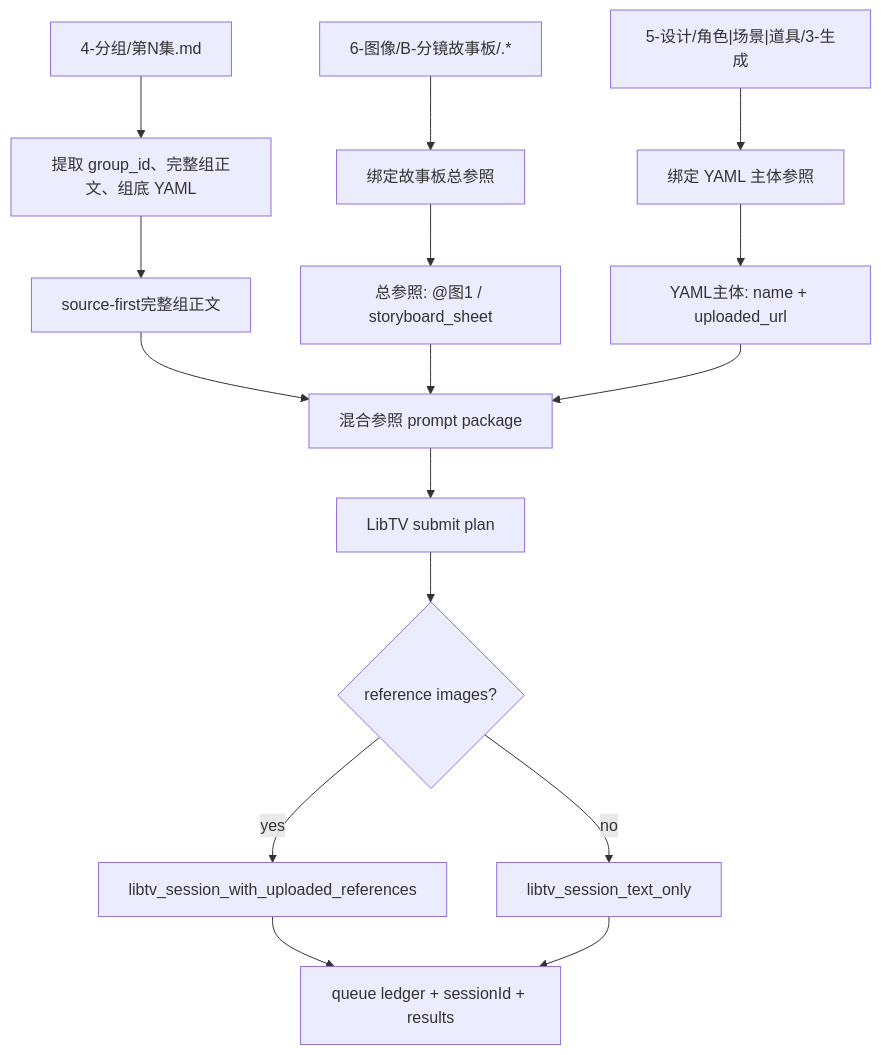
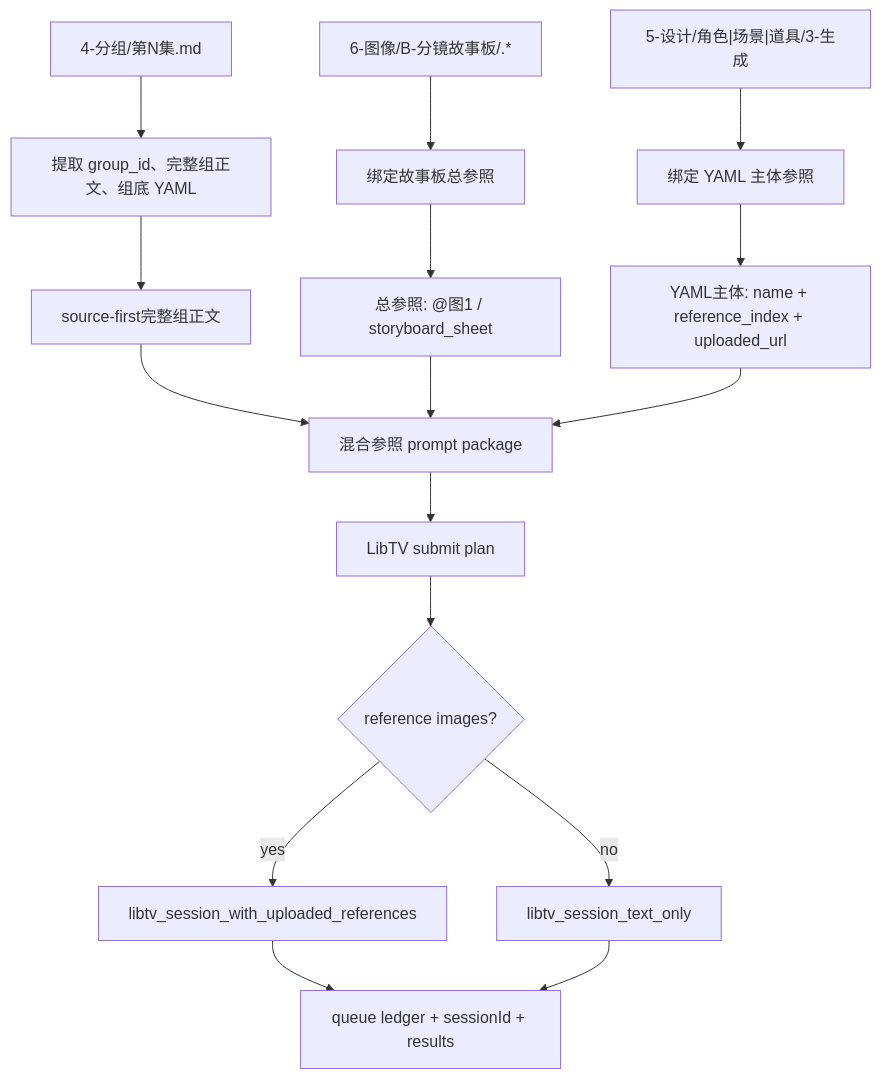
One commit to ZEN-VOID/AI-CUT changed the diagram in .agents/skills/aigc/7-视频/D-主板混合参照/SKILL.md. Above: the diagram before and after it, drawn with Mermaid. The commit also changed other lines of this file and 85 other files, not shown here.

````diff
--- a/.agents/skills/aigc/7-视频/D-主板混合参照/SKILL.md
+++ b/.agents/skills/aigc/7-视频/D-主板混合参照/SKILL.md
@@ -130,18 +132,18 @@
 ```mermaid
 flowchart TD
     A["4-分组/第N集.md"] --> B["提取 group_id、完整组正文、组底 YAML"]
     C["6-图像/B-分镜故事板/<group_id>.*"] --> D["绑定故事板总参照"]
     E["5-设计/角色|场景|道具/3-生成"] --> F["绑定 YAML 主体参照"]
     B --> G["source-first完整组正文"]
     D --> H["总参照: @图1 / storyboard_sheet"]
-    F --> I["YAML主体: name + uploaded_url"]
+    F --> I["YAML主体: name + reference_index + uploaded_url"]
     G --> J["混合参照 prompt package"]
     H --> J
     I --> J
     J --> K["LibTV submit plan"]
     K --> L{"reference images?"}
     L -->|"yes"| M["libtv_session_with_uploaded_references"]
     L -->|"no"| N["libtv_session_text_only"]
     M --> O["queue ledger + sessionId + results"]
     N --> O
 ```
````
